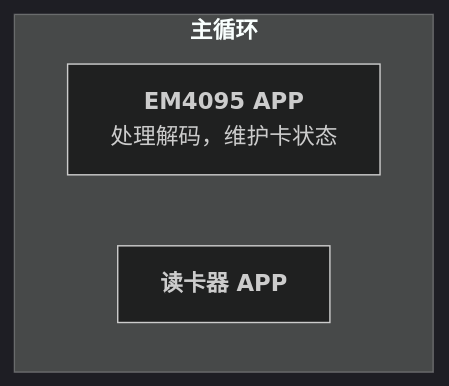
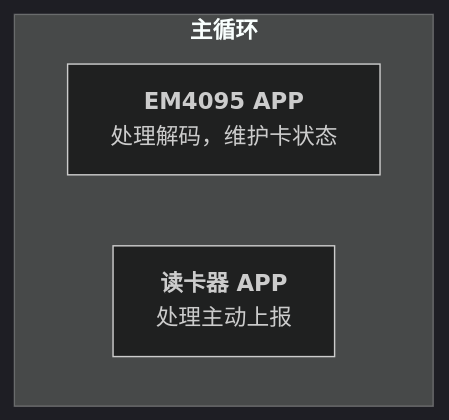
One commit to Siaiai/ObsidianNote changed the sixth of 6 diagrams in 工作/[[SR3读卡器]]/260804SR3框架整理.md. Above: the diagram before and after it, drawn with Mermaid (dark theme). The commit also changed 3410 other files, not shown here.

````diff
--- a/工作/[[SR3读卡器]]/260804SR3框架整理.md
+++ b/工作/[[SR3读卡器]]/260804SR3框架整理.md
@@ -257,9 +257,10 @@
 ```mermaid
 flowchart TB
 	subgraph MAIN["`**主循环**`"]
 		direction LR
 		APP_EM4095["`**EM4095 APP** 
 		处理解码，维护卡状态`"]
-		APP_READER["`**读卡器 APP**`"]
+		APP_READER["`**读卡器 APP**
+		处理主动上报`"]
 	end
 ```
````
